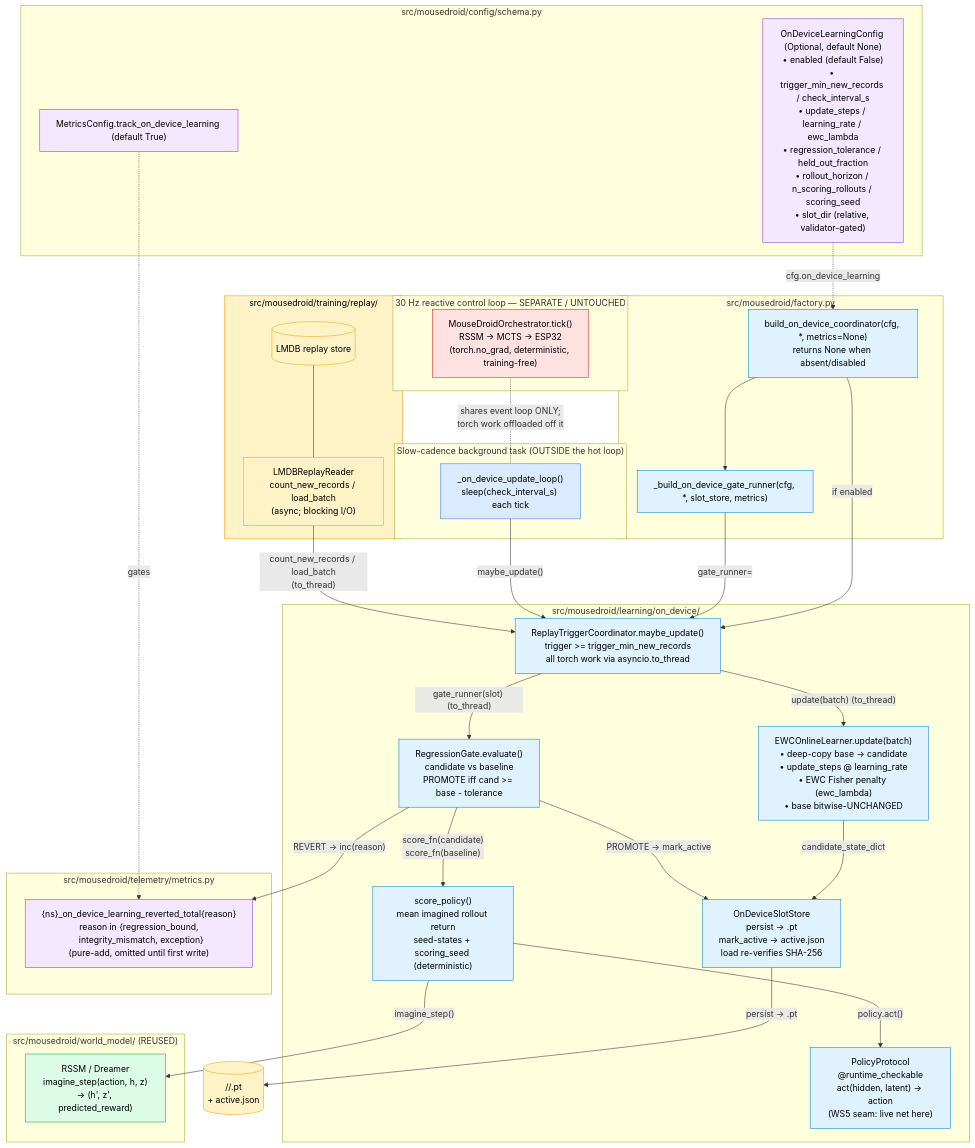
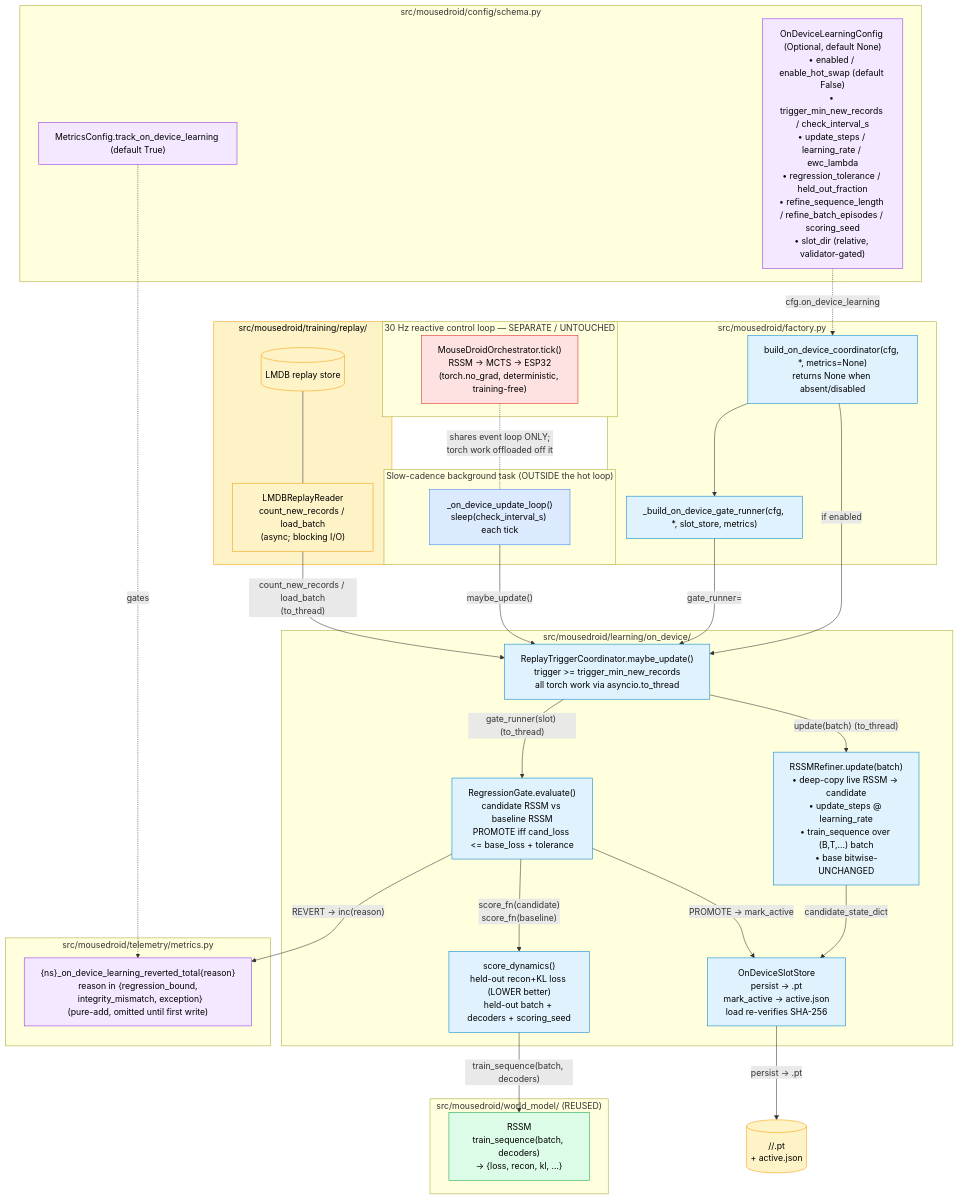
The diagram in docs/architecture/c4-on-device-learning.md (ianshank/Mouse-Droid-AGI), drawn with Mermaid before and after one commit. The commit also changed other lines of this file and 16 other files, not shown here.

````diff
--- a/docs/architecture/c4-on-device-learning.md
+++ b/docs/architecture/c4-on-device-learning.md
@@ -16,82 +16,80 @@
 ```mermaid
 flowchart TB
     subgraph HotLoop["30 Hz reactive control loop — SEPARATE / UNTOUCHED"]
         Tick["MouseDroidOrchestrator.tick()\nRSSM -> MCTS -> ESP32\n(torch.no_grad, deterministic, training-free)"]
     end
 
     subgraph Slow["Slow-cadence background task (OUTSIDE the hot loop)"]
         Loop["_on_device_update_loop()\nsleep(check_interval_s) each tick"]
     end
 
     subgraph Replay["src/mousedroid/training/replay/"]
         LMDB[("LMDB replay store\n<experience.path>")]
         Reader["LMDBReplayReader\ncount_new_records / load_batch\n(async; blocking I/O)"]
     end
 
     subgraph OnDevice["src/mousedroid/learning/on_device/"]
         Coord["ReplayTriggerCoordinator.maybe_update()\ntrigger >= trigger_min_new_records\nall torch work via asyncio.to_thread"]
-        Learner["EWCOnlineLearner.update(batch)\n• deep-copy base -> candidate\n• update_steps @ learning_rate\n• EWC Fisher penalty (ewc_lambda)\n• base bitwise-UNCHANGED"]
+        Learner["RSSMRefiner.update(batch)\n• deep-copy live RSSM -> candidate\n• update_steps @ learning_rate\n• train_sequence over (B,T,...) batch\n• base bitwise-UNCHANGED"]
         Store["OnDeviceSlotStore\npersist -> <digest>.pt\nmark_active -> active.json\nload re-verifies SHA-256"]
-        Gate["RegressionGate.evaluate()\ncandidate vs baseline\nPROMOTE iff cand >= base - tolerance"]
-        Scorer["score_policy()\nmean imagined rollout return\nseed-states + scoring_seed (deterministic)"]
-        Proto["PolicyProtocol\n@runtime_checkable\nact(hidden, latent) -> action\n(WS5 seam: live net here)"]
+        Gate["RegressionGate.evaluate()\ncandidate RSSM vs baseline RSSM\nPROMOTE iff cand_loss <= base_loss + tolerance"]
+        Scorer["score_dynamics()\nheld-out recon+KL loss (LOWER better)\nheld-out batch + decoders + scoring_seed"]
     end
 
     subgraph WorldModel["src/mousedroid/world_model/ (REUSED)"]
-        RSSM["RSSM / Dreamer\nimagine_step(action, h, z)\n-> (h', z', predicted_reward)"]
+        RSSM["RSSM\ntrain_sequence(batch, decoders)\n-> {loss, recon, kl, ...}"]
     end
 
     subgraph Factory["src/mousedroid/factory.py"]
         BuildCoord["build_on_device_coordinator(cfg, *, metrics=None)\nreturns None when absent/disabled"]
         BuildGate["_build_on_device_gate_runner(cfg, *, slot_store, metrics)"]
     end
 
     subgraph Config["src/mousedroid/config/schema.py"]
-        Cfg["OnDeviceLearningConfig (Optional, default None)\n• enabled (default False)\n• trigger_min_new_records / check_interval_s\n• update_steps / learning_rate / ewc_lambda\n• regression_tolerance / held_out_fraction\n• rollout_horizon / n_scoring_rollouts / scoring_seed\n• slot_dir (relative, validator-gated)"]
+        Cfg["OnDeviceLearningConfig (Optional, default None)\n• enabled / enable_hot_swap (default False)\n• trigger_min_new_records / check_interval_s\n• update_steps / learning_rate / ewc_lambda\n• regression_tolerance / held_out_fraction\n• refine_sequence_length / refine_batch_episodes / scoring_seed\n• slot_dir (relative, validator-gated)"]
         MetCfg["MetricsConfig.track_on_device_learning (default True)"]
     end
 
     subgraph Metrics["src/mousedroid/telemetry/metrics.py"]
         Counter["{ns}_on_device_learning_reverted_total{reason}\nreason in {regression_bound,\n  integrity_mismatch, exception}\n(pure-add, omitted until first write)"]
     end
 
     %% Build wiring
     Cfg -. "cfg.on_device_learning" .-> BuildCoord
     BuildCoord -- "if enabled" --> Coord
     BuildCoord --> BuildGate
     BuildGate -- "gate_runner=" --> Coord
     MetCfg -. "gates" .-> Counter
 
     %% Runtime trigger path
     Loop -- "maybe_update()" --> Coord
     Reader -- "count_new_records / load_batch\n(to_thread)" --> Coord
     LMDB --- Reader
     Coord -- "update(batch) (to_thread)" --> Learner
     Learner -- "candidate_state_dict" --> Store
     Store -- "persist -> <digest>.pt" --> SlotFS[("<experience.path>/<slot_dir>/<digest>.pt\n+ active.json")]
 
     %% Gate path
     Coord -- "gate_runner(slot) (to_thread)" --> Gate
     Gate -- "score_fn(candidate)\nscore_fn(baseline)" --> Scorer
-    Scorer -- "policy.act()" --> Proto
-    Scorer -- "imagine_step()" --> RSSM
+    Scorer -- "train_sequence(batch, decoders)" --> RSSM
     Gate -- "PROMOTE -> mark_active" --> Store
     Gate -- "REVERT -> inc(reason)" --> Counter
 
     %% Hot-loop isolation (NO edge crosses into HotLoop)
     Tick -. "shares event loop ONLY;\ntorch work offloaded off it" .- Loop
 
     classDef hot fill:#fee2e2,stroke:#dc2626,color:#000
     classDef slow fill:#dbeafe,stroke:#3b82f6,color:#000
     classDef internal fill:#e0f2fe,stroke:#0284c7,color:#000
     classDef config fill:#f3e8ff,stroke:#9333ea,color:#000
     classDef reused fill:#dcfce7,stroke:#16a34a,color:#000
     classDef store fill:#fef3c7,stroke:#f59e0b,color:#000
 
     class Tick hot
     class Loop slow
-    class Coord,Learner,Store,Gate,Scorer,Proto,BuildCoord,BuildGate internal
+    class Coord,Learner,Store,Gate,Scorer,BuildCoord,BuildGate internal
     class Cfg,MetCfg,Counter config
     class RSSM reused
     class LMDB,Reader,SlotFS,Replay store
 ```
````
